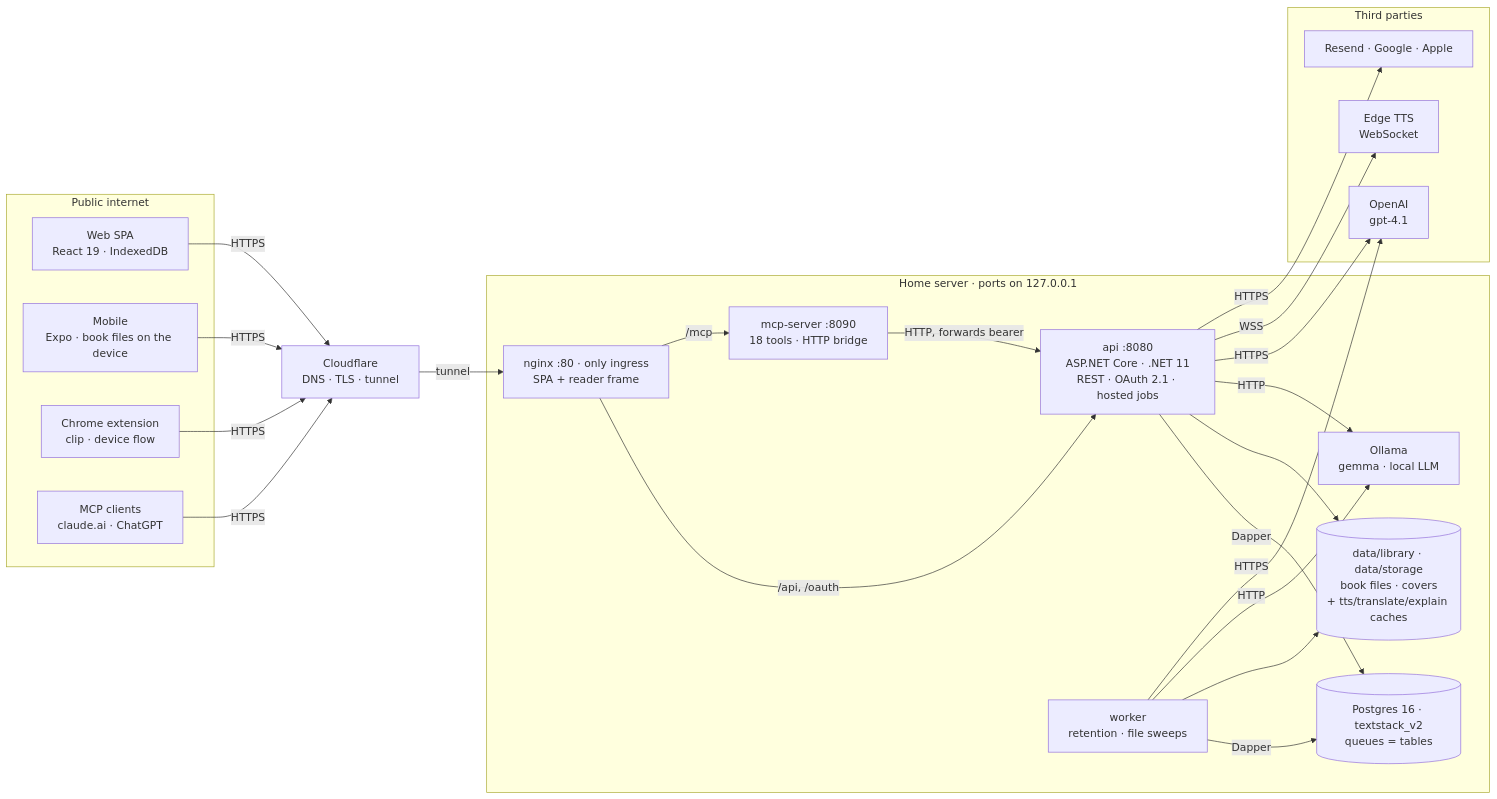
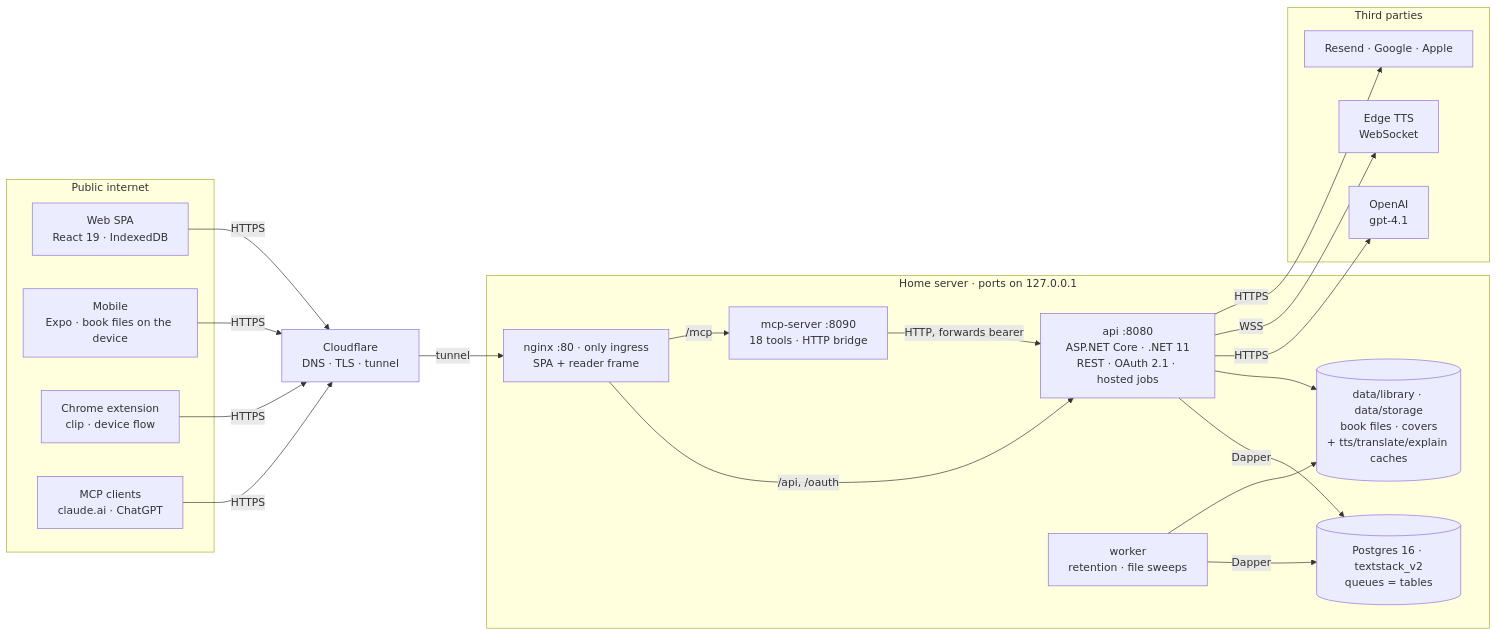
The first of 4 diagrams in docs/architecture/flows.md (mrviduus/textstack), drawn with Mermaid before and after one commit. The commit also changed 50 other files, not shown here.

````diff
--- a/docs/architecture/flows.md
+++ b/docs/architecture/flows.md
@@ -12,40 +12,38 @@
 ```mermaid
 flowchart LR
     subgraph internet["Public internet"]
         web["Web SPA<br/>React 19 · IndexedDB"]
         mob["Mobile<br/>Expo · book files on the device"]
         ext["Chrome extension<br/>clip · device flow"]
         mcpc["MCP clients<br/>claude.ai · ChatGPT"]
     end
 
     cf["Cloudflare<br/>DNS · TLS · tunnel"]
 
     subgraph home["Home server · ports on 127.0.0.1"]
         nginx["nginx :80 · only ingress<br/>SPA + reader frame"]
         api["api :8080<br/>ASP.NET Core · .NET 11<br/>REST · OAuth 2.1 · hosted jobs"]
         mcp["mcp-server :8090<br/>18 tools · HTTP bridge"]
         worker["worker<br/>retention · file sweeps"]
         db[("Postgres 16 · textstack_v2<br/>queues = tables")]
         fs[("data/library · data/storage<br/>book files · covers<br/>+ tts/translate/explain caches")]
-        ollama["Ollama<br/>gemma · local LLM"]
     end
 
     subgraph third["Third parties"]
         openai["OpenAI<br/>gpt-4.1"]
         tts["Edge TTS<br/>WebSocket"]
         mail["Resend · Google · Apple"]
     end
 
     web & mob & ext & mcpc -->|HTTPS| cf
     cf -->|tunnel| nginx
     nginx -->|"/api, /oauth"| api
     nginx -->|/mcp| mcp
     mcp -->|"HTTP, forwards bearer"| api
     api -->|Dapper| db
     worker -->|Dapper| db
     api & worker --> fs
-    api & worker -->|HTTP| ollama
-    api & worker -->|HTTPS| openai
+    api -->|HTTPS| openai
     api -->|WSS| tts
     api -->|HTTPS| mail
 ```
````
